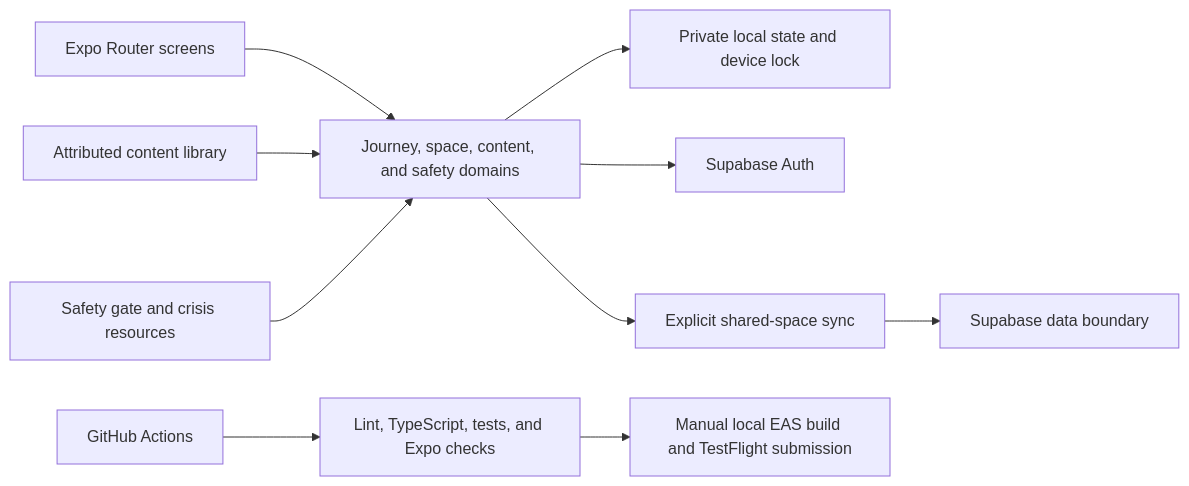
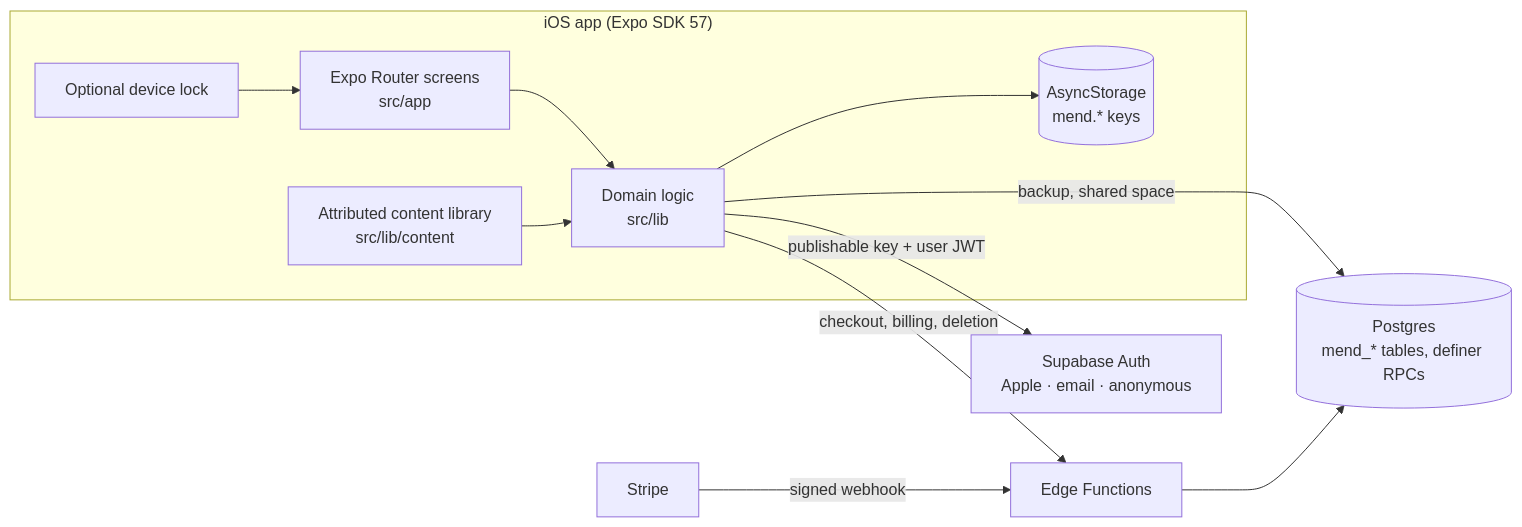
Before and after one commit to erickdronski/mend-app: the diagram in README.md, drawn with Mermaid. The commit also changed other lines of this file, not shown here.

````diff
--- a/README.md
+++ b/README.md
@@ -34,12 +123,14 @@
 ```mermaid
 flowchart LR
-    Router["Expo Router screens"] --> Domain["Journey, space, content, and safety domains"]
-    Domain --> Local["Private local state and device lock"]
-    Domain --> Auth["Supabase Auth"]
-    Domain --> Sync["Explicit shared-space sync"]
-    Sync --> DB["Supabase data boundary"]
-    Content["Attributed content library"] --> Domain
-    Safety["Safety gate and crisis resources"] --> Domain
-    Actions["GitHub Actions"] --> Verify["Lint, TypeScript, tests, and Expo checks"]
-    Verify --> Release["Manual local EAS build and TestFlight submission"]
+    subgraph Device["iOS app (Expo SDK 57)"]
+        Lock["Optional device lock"] --> Router["Expo Router screens<br/>src/app"]
+        Router --> Domain["Domain logic<br/>src/lib"]
+        Content["Attributed content library<br/>src/lib/content"] --> Domain
+        Domain --> Local[("AsyncStorage<br/>mend.* keys")]
+    end
+    Domain -- "publishable key + user JWT" --> Auth["Supabase Auth<br/>Apple · email · anonymous"]
+    Domain -- "backup, shared space" --> DB[("Postgres<br/>mend_* tables, definer RPCs")]
+    Domain -- "checkout, billing, deletion" --> Fn["Edge Functions"]
+    Stripe["Stripe"] -- "signed webhook" --> Fn
+    Fn --> DB
 ```
````
